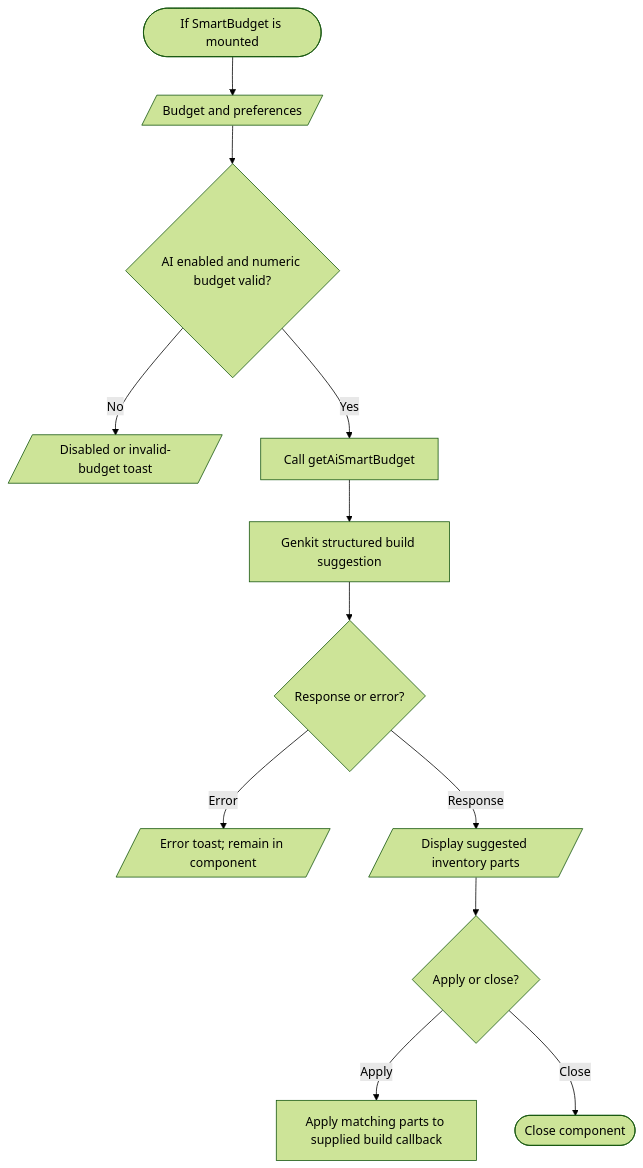
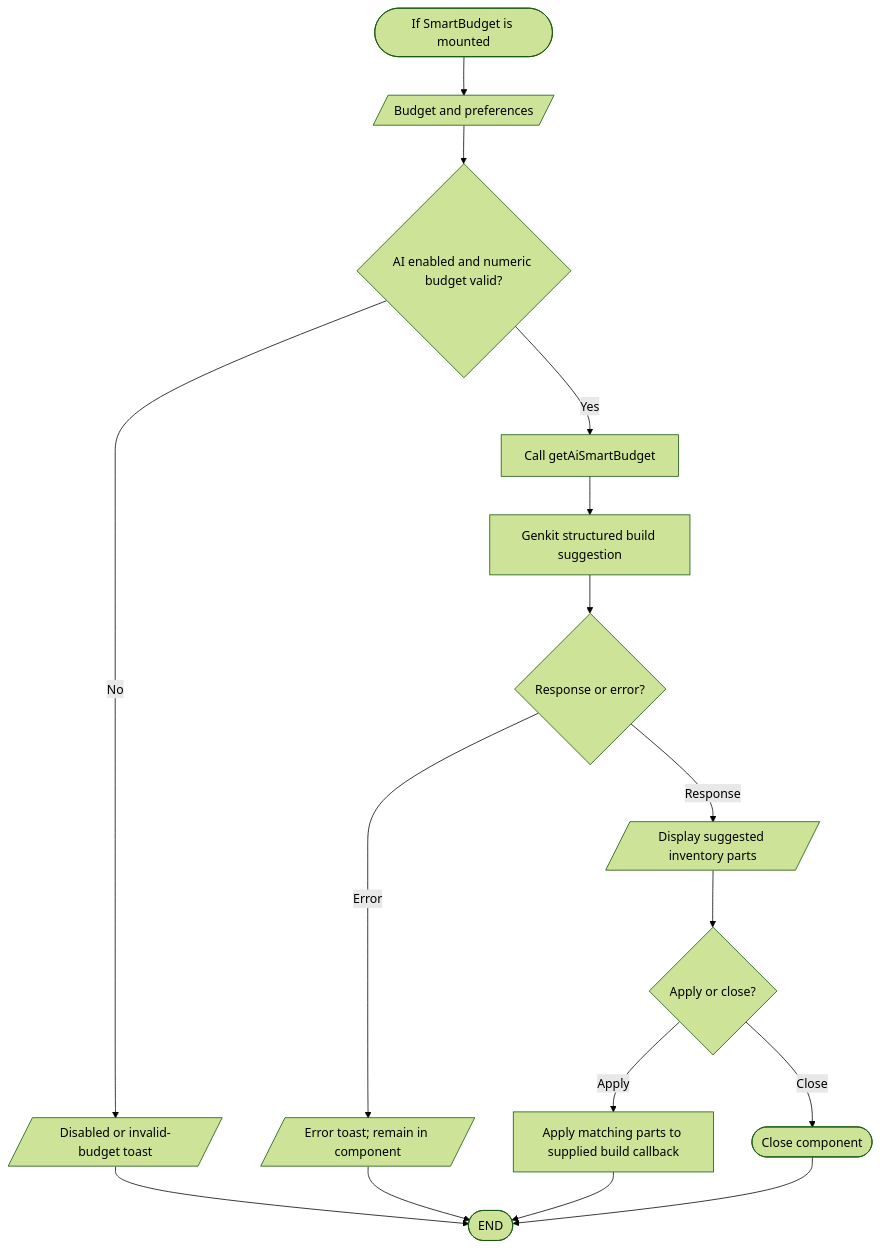
The diagram in docs/flowcharts/ai-system/ai-smart-budget-flowchart.md (VirgenRayzon/BuilbotAI), drawn with Mermaid (forest theme) before and after one commit. The commit also changed other lines of this file and 109 other files, not shown here.

Commit message:
feat(builder): add live recommendations, budget slider, and updated system flowcharts

````diff
--- a/docs/flowcharts/ai-system/ai-smart-budget-flowchart.md
+++ b/docs/flowcharts/ai-system/ai-smart-budget-flowchart.md
@@ -5,14 +9,18 @@
 ```mermaid
 flowchart TD
   Start([If SmartBudget is mounted]) --> Input[/Budget and preferences/]
   Input --> Valid{AI enabled and numeric budget valid?}
   Valid -- No --> Toast[/Disabled or invalid-budget toast/]
   Valid -- Yes --> Call[Call getAiSmartBudget]
   Call --> Flow[Genkit structured build suggestion]
   Flow --> Result{Response or error?}
   Result -- Error --> Error[/Error toast; remain in component/]
   Result -- Response --> Review[/Display suggested inventory parts/]
   Review --> Choice{Apply or close?}
   Choice -- Apply --> Event[Apply matching parts to supplied build callback]
   Choice -- Close --> End([Close component])
+  Toast --> Finish([END])
+  Error --> Finish
+  Event --> Finish
+  End --> Finish
 ```
````
